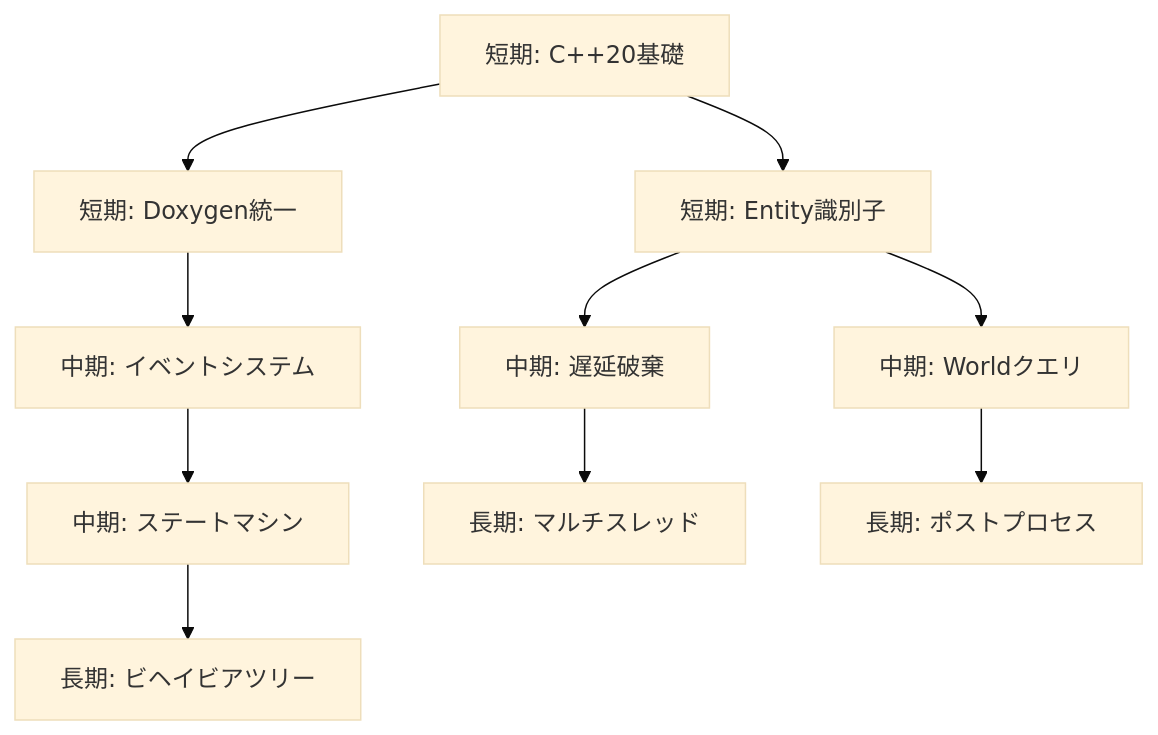
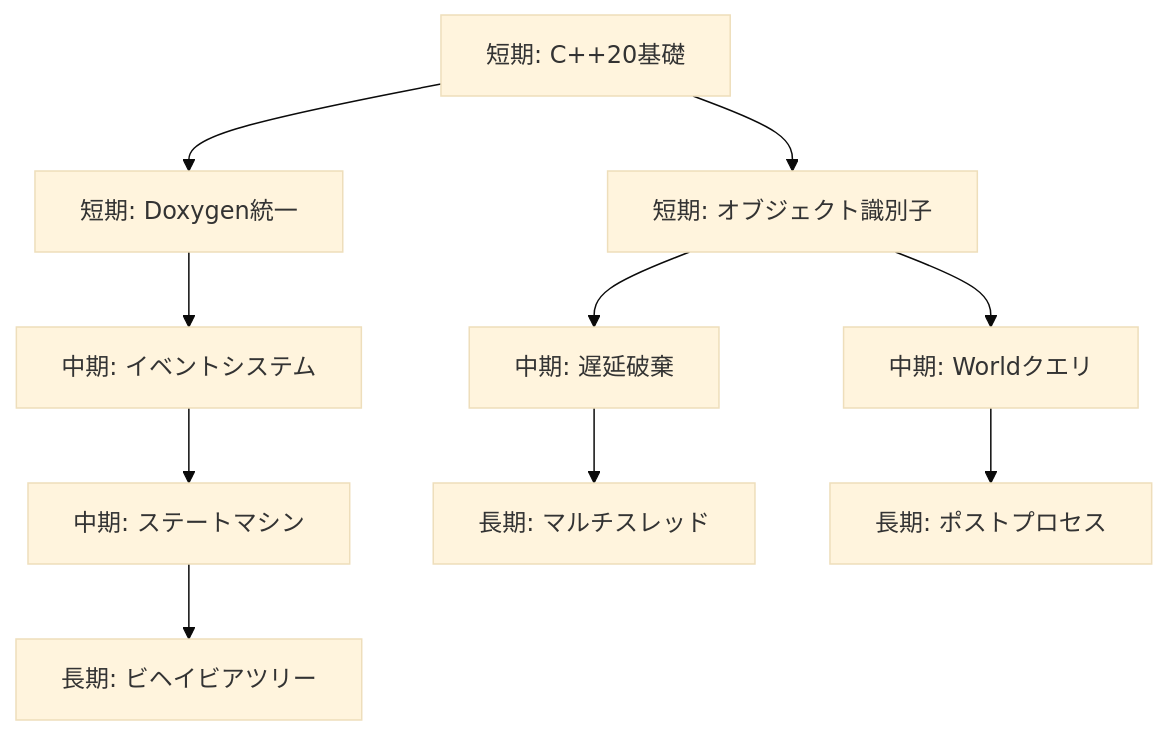
One commit to IppeiYamaki/DirectX11_Framework changed the diagram in Docs/IMPROVEMENT_PROPOSALS.md. Above: the diagram before and after it, drawn with Mermaid (base theme). The commit also changed other lines of this file and 32 other files, not shown here.

````diff
--- a/Docs/IMPROVEMENT_PROPOSALS.md
+++ b/Docs/IMPROVEMENT_PROPOSALS.md
@@ -1459,12 +1459,12 @@
 ```mermaid
 graph TD
     A[短期: C++20基礎] --> B[短期: Doxygen統一]
-    A --> C[短期: Entity識別子]
+    A --> C[短期: オブジェクト識別子]
     B --> D[中期: イベントシステム]
     C --> E[中期: Worldクエリ]
     C --> F[中期: 遅延破棄]
     D --> G[中期: ステートマシン]
     F --> H[長期: マルチスレッド]
     G --> I[長期: ビヘイビアツリー]
     E --> J[長期: ポストプロセス]
 ```
````
